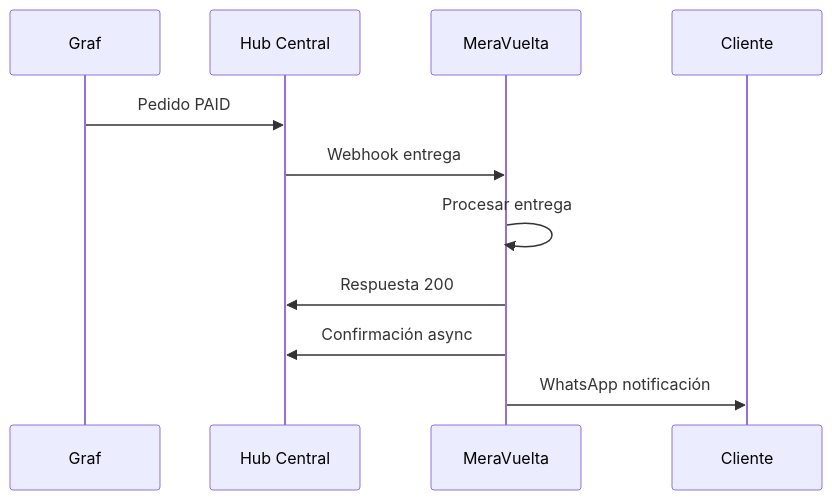
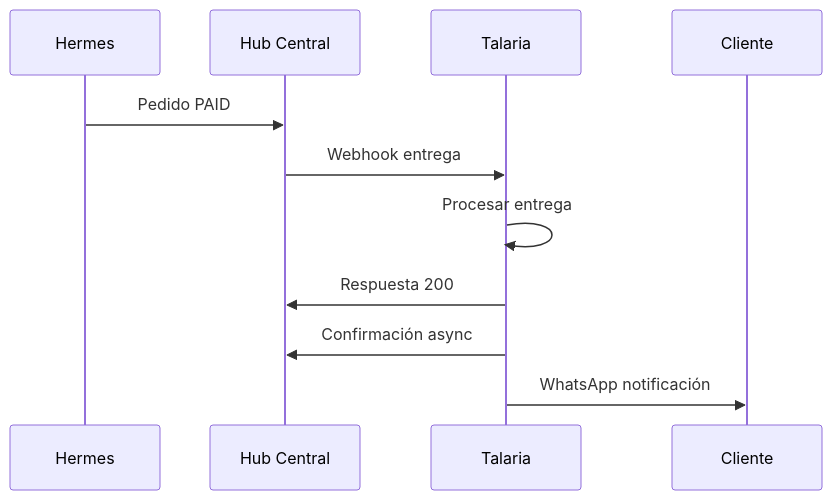
One commit to stevenvo780/prizma-talaria changed the diagram in MeraVueltaApi/WEBHOOK_README.md. Above: the diagram before and after it, drawn with Mermaid. The commit also changed other lines of this file and 79 other files, not shown here.

````diff
--- a/MeraVueltaApi/WEBHOOK_README.md
+++ b/MeraVueltaApi/WEBHOOK_README.md
@@ -167,9 +168,9 @@
 ```mermaid
 sequenceDiagram
-    Graf->>Hub Central: Pedido PAID
-    Hub Central->>MeraVuelta: Webhook entrega
-    MeraVuelta->>MeraVuelta: Procesar entrega
-    MeraVuelta->>Hub Central: Respuesta 200
-    MeraVuelta->>Hub Central: Confirmación async
-    MeraVuelta->>Cliente: WhatsApp notificación
+    Hermes->>Hub Central: Pedido PAID
+    Hub Central->>Talaria: Webhook entrega
+    Talaria->>Talaria: Procesar entrega
+    Talaria->>Hub Central: Respuesta 200
+    Talaria->>Hub Central: Confirmación async
+    Talaria->>Cliente: WhatsApp notificación
 ```
````
